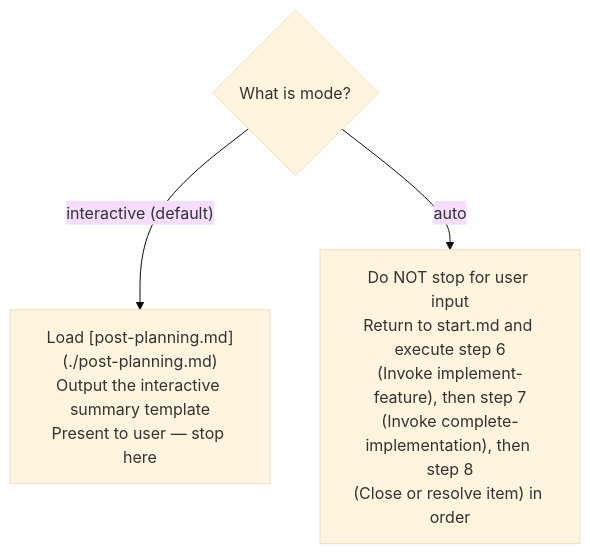
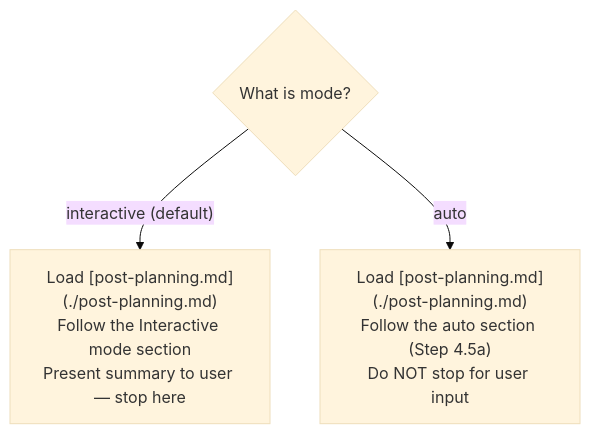
Before and after one commit to chgreer1070/claude_skills: the second of 2 diagrams in plugins/development-harness/skills/work-backlog-item/references/workflows/work/plan.md, drawn with Mermaid (base theme). The commit also changed 2 other files, not shown here.

Commit message:
fix(work-backlog-item): restore auto mode Step 4.5a and fix plan.md routing bug
post-planning.md: restore Step 4.5a (auto mode branch) that was incorrectly
removed in previous commit — the content was valid; the bug was in plan.md

plan.md Step 4.5: fix the routing bug — auto mode now loads post-planning.md
and follows the auto section (Step 4.5a) instead of bypassing it entirely;
post-planning.md is now the single source of truth for post-planning behavior
in both modes, consistent with its name and purpose

````diff
--- a/plugins/development-harness/skills/work-backlog-item/references/workflows/work/plan.md
+++ b/plugins/development-harness/skills/work-backlog-item/references/workflows/work/plan.md
@@ -49,6 +49,6 @@
 ```mermaid
 flowchart TD
     Q{What is mode?}
-    Q -->|"interactive (default)"| Report["Load [post-planning.md](./post-planning.md)<br>Output the interactive summary template<br>Present to user — stop here"]
-    Q -->|"auto"| Continue["Do NOT stop for user input<br>Return to start.md and execute step 6<br>(Invoke implement-feature), then step 7<br>(Invoke complete-implementation), then step 8<br>(Close or resolve item) in order"]
+    Q -->|"interactive (default)"| Report["Load [post-planning.md](./post-planning.md)<br>Follow the Interactive mode section<br>Present summary to user — stop here"]
+    Q -->|"auto"| Auto["Load [post-planning.md](./post-planning.md)<br>Follow the auto section (Step 4.5a)<br>Do NOT stop for user input"]
 ```
````
